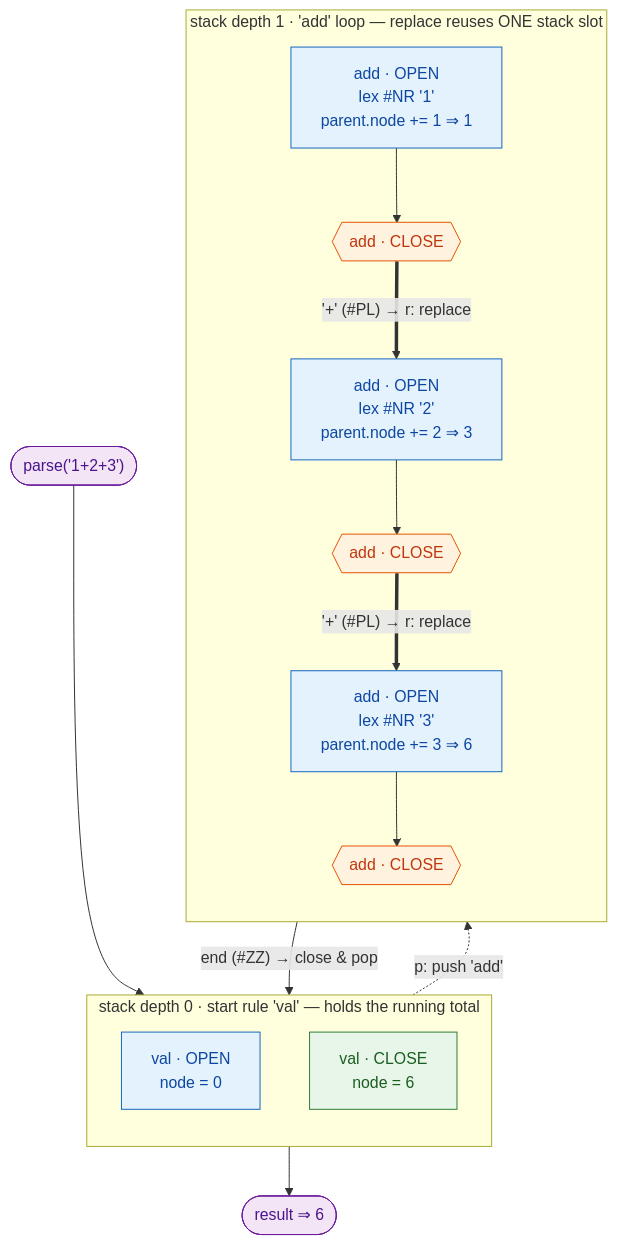
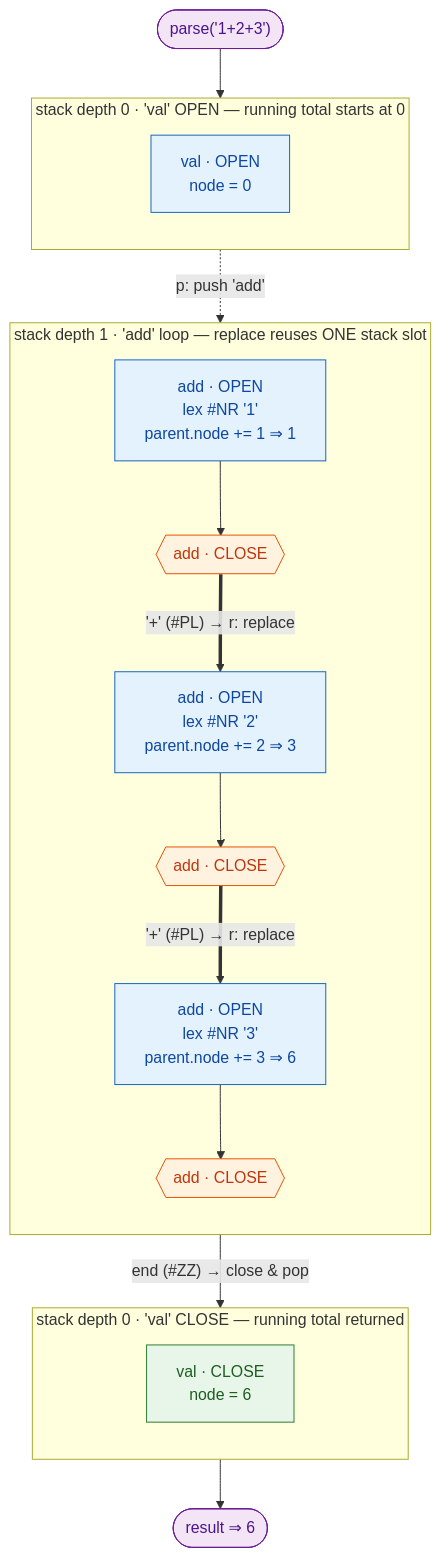
One commit to tabnas/parser changed the diagram in README.md. Above: the diagram before and after it, drawn with Mermaid.

Commit message:
docs(README): fix overlapping boxes in parse-trace mermaid diagram
The depth-0 subgraph held both the first node (val OPEN) and the last
node (val CLOSE), forcing Mermaid to stretch its bounding box across the
whole diagram, where it overlapped the depth-1 'add' loop subgraph.

Split the single depth-0 box into two stacked bands (OPEN at the top,
CLOSE at the bottom) so the trace reads straight down: enter depth 0,
descend into the depth-1 loop, pop back to depth 0. No subgraph wraps
another, so the boxes no longer overlap and all labels stay visible.

````diff
--- a/README.md
+++ b/README.md
@@ -145,34 +145,38 @@
 ```mermaid
 flowchart TD
     Start(["parse('1+2+3')"]):::io --> V0
 
-    subgraph D0 ["stack depth 0 · start rule 'val' — holds the running total"]
+    subgraph S0a ["stack depth 0 · 'val' OPEN — running total starts at 0"]
       direction TB
       V0["val · OPEN<br/>node = 0"]:::open
-      Vc["val · CLOSE<br/>node = 6"]:::done
     end
 
-    subgraph D1 ["stack depth 1 · 'add' loop — replace reuses ONE stack slot"]
+    subgraph S1 ["stack depth 1 · 'add' loop — replace reuses ONE stack slot"]
       direction TB
       A2["add · OPEN<br/>lex #NR '1'<br/>parent.node += 1 ⇒ 1"]:::open
       A2c{{"add · CLOSE"}}:::close
       A3["add · OPEN<br/>lex #NR '2'<br/>parent.node += 2 ⇒ 3"]:::open
       A3c{{"add · CLOSE"}}:::close
       A4["add · OPEN<br/>lex #NR '3'<br/>parent.node += 3 ⇒ 6"]:::open
       A4c{{"add · CLOSE"}}:::close
+    end
+
+    subgraph S0b ["stack depth 0 · 'val' CLOSE — running total returned"]
+      direction TB
+      Vc["val · CLOSE<br/>node = 6"]:::done
     end
 
     V0 -. "p: push 'add'" .-> A2
     A2 --> A2c
     A2c == "'+' (#PL) → r: replace" ==> A3
     A3 --> A3c
     A3c == "'+' (#PL) → r: replace" ==> A4
     A4 --> A4c
     A4c -- "end (#ZZ) → close & pop" --> Vc
     Vc --> Result(["result ⇒ 6"]):::io
 
     classDef open fill:#e3f2fd,stroke:#1565c0,color:#0d47a1;
     classDef close fill:#fff3e0,stroke:#e65100,color:#bf360c;
     classDef done fill:#e8f5e9,stroke:#2e7d32,color:#1b5e20;
     classDef io fill:#f3e5f5,stroke:#6a1b9a,color:#4a148c;
 ```
````
